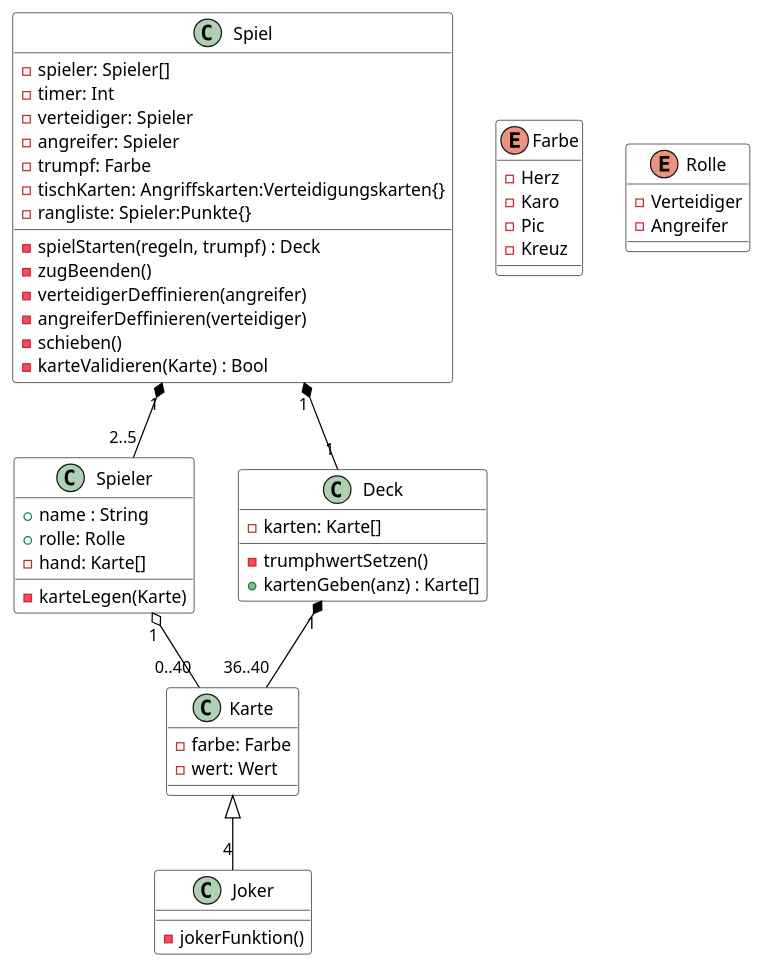
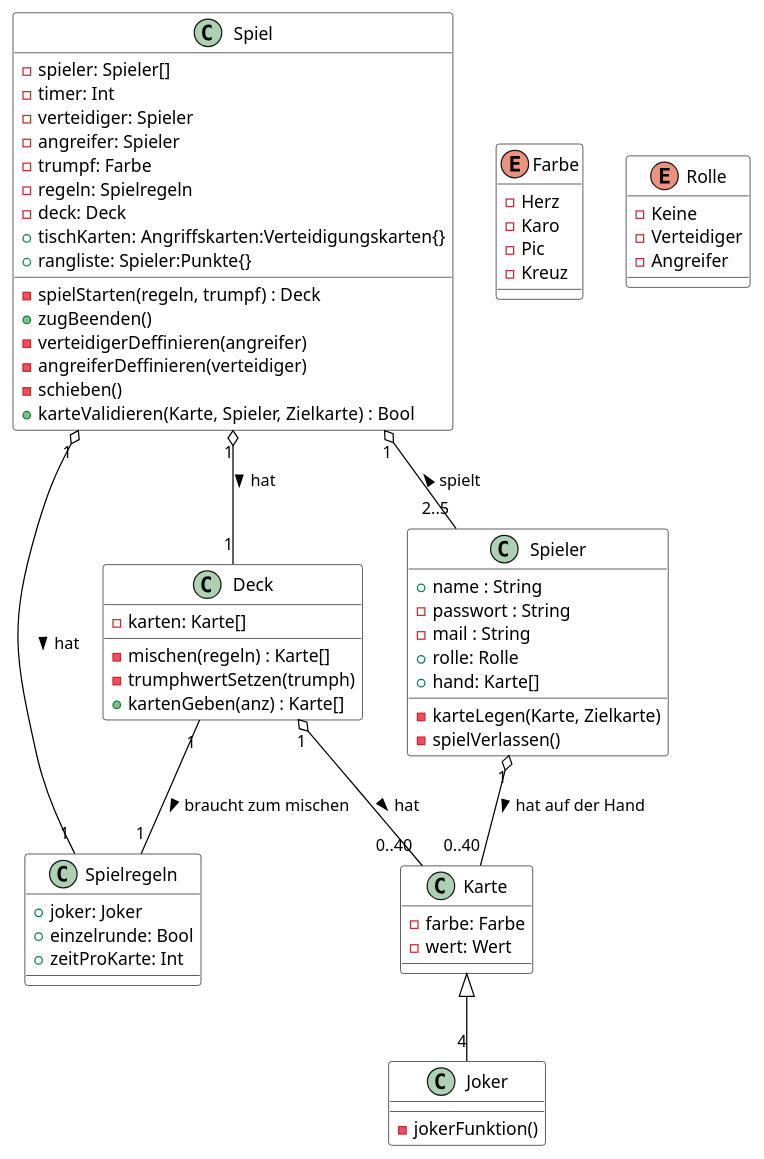
Before and after one commit to DerLurchi/Durak: the diagram in Klassendiagramm/Klassendiagramm_Spiel.puml, drawn with PlantUML. The commit also changed 3 other files, not shown here.

First line of the commit message:
klassendiagramme

```diff
--- a/Klassendiagramm/Klassendiagramm_Spiel.puml
+++ b/Klassendiagramm/Klassendiagramm_Spiel.puml
@@ -1,78 +1,96 @@
 @startuml Durak Spiel
 
 skinparam{
     ClassBackgroundColor white
     ClassBorderColor black
 
     'ClassAttributeIconSize 0
 
     ArrowColor black
 
     Shadowing false
 
 }
 
 class Spiel {
     -spieler: Spieler[]
     -timer: Int
     -verteidiger: Spieler
     -angreifer: Spieler
     -trumpf: Farbe
-    -tischKarten: Angriffskarten:Verteidigungskarten{}
-    -rangliste: Spieler:Punkte{}
+    -regeln: Spielregeln
+    -deck: Deck
+    +tischKarten: Angriffskarten:Verteidigungskarten{}
+    +rangliste: Spieler:Punkte{}
 
     -spielStarten(regeln, trumpf) : Deck
-    -zugBeenden()
+    + zugBeenden()
     -verteidigerDeffinieren(angreifer)
     -angreiferDeffinieren(verteidiger)
     -schieben()
-    -karteValidieren(Karte) : Bool
+    +karteValidieren(Karte, Spieler, Zielkarte) : Bool
+}
+
+class Spielregeln {
+    + joker: Joker
+    + einzelrunde: Bool
+    + zeitProKarte: Int
 }
 
 class Spieler {
     +name : String
+    -passwort : String
+    -mail : String
     +rolle: Rolle
-    -hand: Karte[]
+    +hand: Karte[]
 
-    -karteLegen(Karte)
+    -karteLegen(Karte, Zielkarte)
+    -spielVerlassen()
 }
 
 class Karte {
     -farbe: Farbe
     -wert: Wert
 }
 
 class Joker {
     -jokerFunktion()
 }
 
 class Deck {
     -karten: Karte[]
-
-    -trumphwertSetzen()
+    
+    -mischen(regeln) : Karte[]
+    -trumphwertSetzen(trumph)
     +kartenGeben(anz) : Karte[]
 }
 
 enum Farbe {
     - Herz 
     - Karo 
     - Pic 
     - Kreuz
 }
 
 enum Rolle {
+    - Keine  
     - Verteidiger
     - Angreifer
 }
 
-Spiel "1" *-- "2..5" Spieler
+Spiel "1" o-- "2..5" Spieler : spielt <
 
-Spiel "1" *-- "1" Deck
+Spiel "1" o-- "1" Deck : hat >
 
-Deck "1" *-- "36..40" Karte
+Deck "1" o-- "0..40" Karte : hat >
 
 Karte <|-- "4" Joker 
 
-Spieler "1" o-- "0..40" Karte 
+Spieler "1" o-- "0..40" Karte : hat auf der Hand >
+
+Spiel "1" o-- "1" Spielregeln : hat >
+
+Deck "1" -- "1" Spielregeln : braucht zum mischen >
+
 
 @enduml
```
